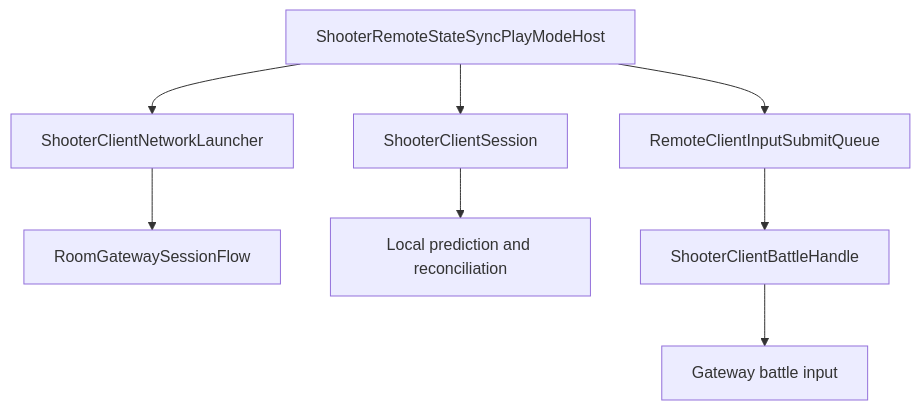
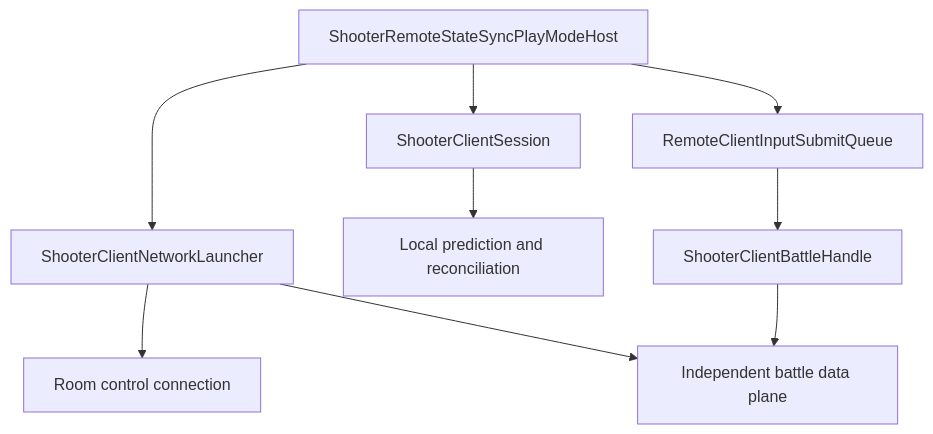
Before and after one commit to HOBOBO/AbilityKit: diagram 11 of 11 in Docs/design/07-NetworkSynchronization/05-SessionCoordination.md, drawn with Mermaid. The commit also changed other lines of this file and 328 other files, not shown here.

````diff
--- a/Docs/design/07-NetworkSynchronization/05-SessionCoordination.md
+++ b/Docs/design/07-NetworkSynchronization/05-SessionCoordination.md
@@ -750,10 +607,11 @@
 ```mermaid
 flowchart TD
     A[ShooterRemoteStateSyncPlayModeHost] --> B[ShooterClientSession]
     A --> C[ShooterClientNetworkLauncher]
-    C --> D[RoomGatewaySessionFlow]
-    B --> E[Local prediction and reconciliation]
-    A --> F[RemoteClientInputSubmitQueue]
-    F --> G[ShooterClientBattleHandle]
-    G --> H[Gateway battle input]
+    C --> D[Room control connection]
+    C --> E[Independent battle data plane]
+    B --> F[Local prediction and reconciliation]
+    A --> G[RemoteClientInputSubmitQueue]
+    G --> H[ShooterClientBattleHandle]
+    H --> E
 ```
````
